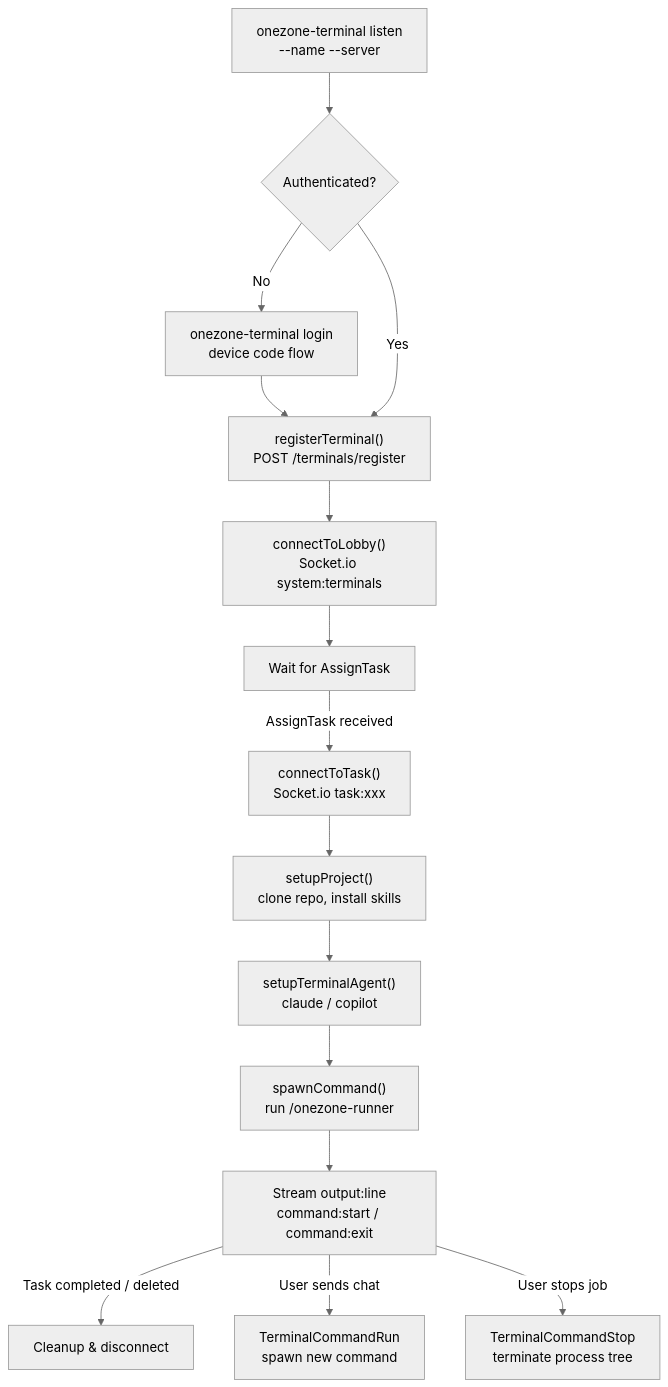
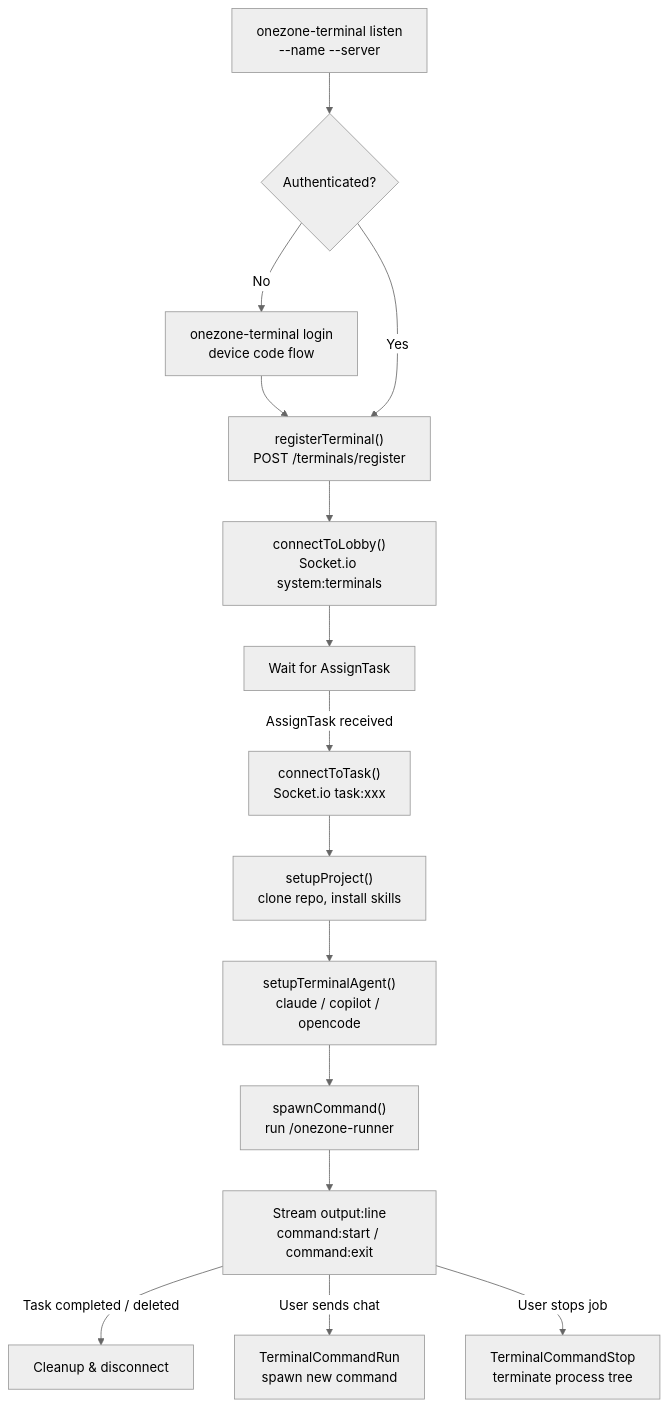
The sixth of 9 diagrams in ARCHITECTURE.md (sergiubutnarasu/onezone), drawn with Mermaid (neutral theme) before and after one commit. The commit also changed other lines of this file and 5 other files, not shown here.

````diff
--- a/ARCHITECTURE.md
+++ b/ARCHITECTURE.md
@@ -221,20 +223,20 @@
 ```mermaid
 flowchart TB
     Start["onezone-terminal listen<br/>--name --server"] --> LoginCheck{"Authenticated?"}
     LoginCheck -->|No| Login["onezone-terminal login<br/>device code flow"]
     Login --> Register["registerTerminal()<br/>POST /terminals/register"]
     LoginCheck -->|Yes| Register
 
     Register --> Lobby["connectToLobby()<br/>Socket.io system:terminals"]
     Lobby --> Wait["Wait for AssignTask"]
     Wait -->|AssignTask received| TaskConn["connectToTask()<br/>Socket.io task:xxx"]
 
     TaskConn --> Setup["setupProject()<br/>clone repo, install skills"]
-    Setup --> Agent["setupTerminalAgent()<br/>claude / copilot"]
+    Setup --> Agent["setupTerminalAgent()<br/>claude / copilot / opencode"]
     Agent --> Spawn["spawnCommand()<br/>run /onezone-runner"]
 
     Spawn --> Stream["Stream output:line<br/>command:start / command:exit"]
     Stream -->|Task completed / deleted| Cleanup["Cleanup & disconnect"]
     Stream -->|User sends chat| RunCmd["TerminalCommandRun<br/>spawn new command"]
     Stream -->|User stops job| StopCmd["TerminalCommandStop<br/>terminate process tree"]
 ```
````
